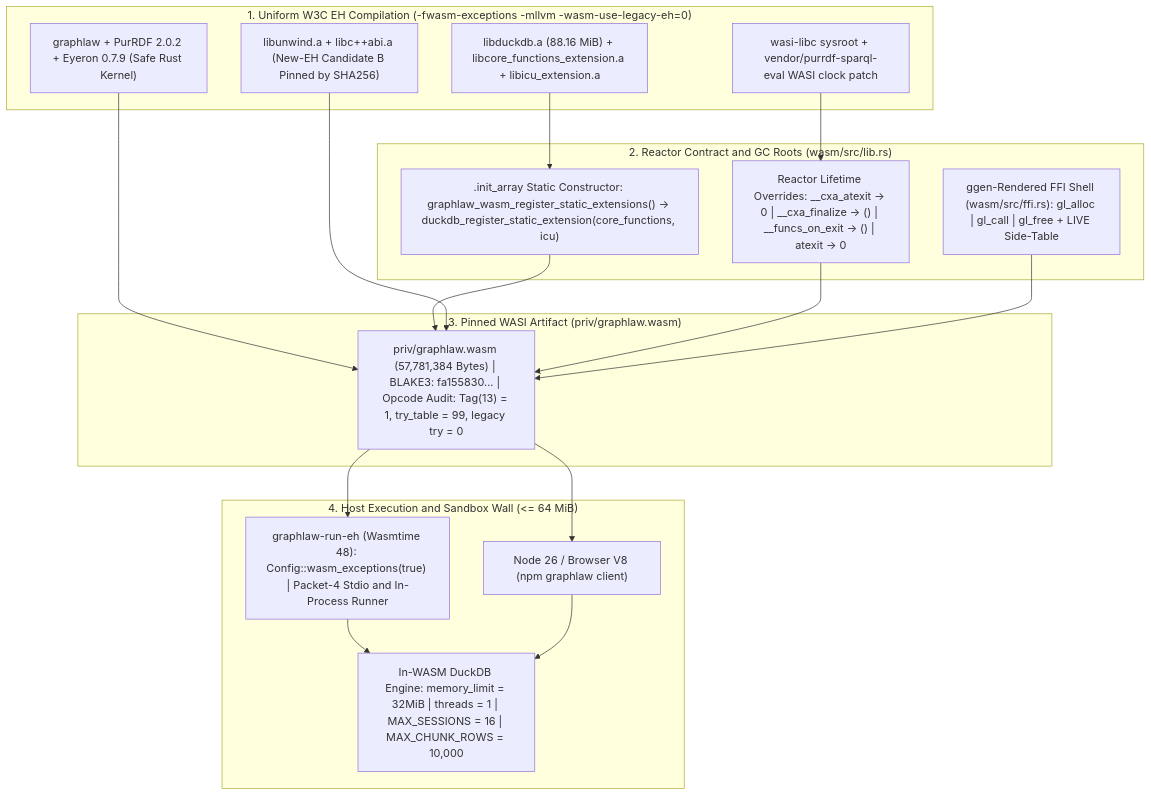
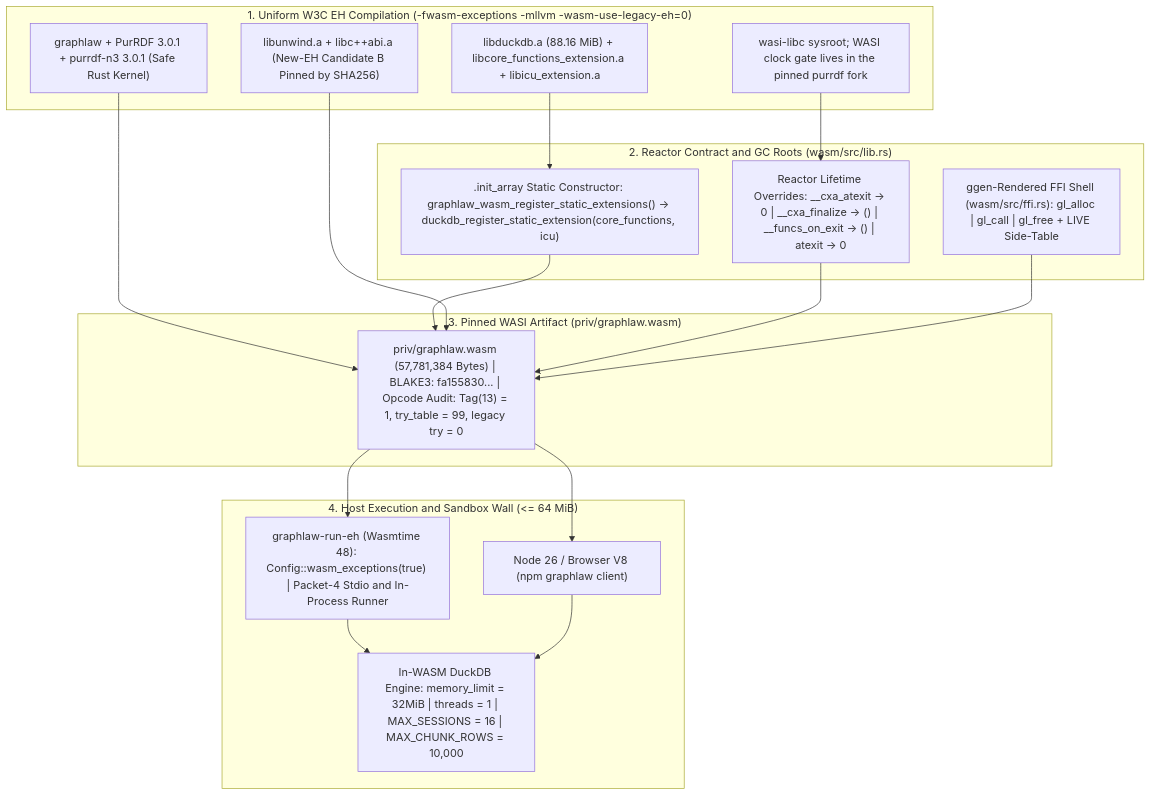
The seventh of 28 diagrams in docs/PHD_THESIS_GRAPHLAW_WASM_SQLRDF.md (seanchatmangpt/graphlaw), drawn with Mermaid before and after one commit. The commit also changed other lines of this file and 2104 other files, not shown here.

````diff
--- a/docs/PHD_THESIS_GRAPHLAW_WASM_SQLRDF.md
+++ b/docs/PHD_THESIS_GRAPHLAW_WASM_SQLRDF.md
@@ -562,33 +562,33 @@
 ```mermaid
 flowchart TD
     subgraph Toolchain["1. Uniform W3C EH Compilation (-fwasm-exceptions -mllvm -wasm-use-legacy-eh=0)"]
-        RustCore["graphlaw + PurRDF 2.0.2 + Eyeron 0.7.9 (Safe Rust Kernel)"]
+        RustCore["graphlaw + PurRDF 3.0.1 + purrdf-n3 3.0.1 (Safe Rust Kernel)"]
         DuckStatic["libduckdb.a (88.16 MiB) + libcore_functions_extension.a + libicu_extension.a"]
         Unwind["libunwind.a + libc++abi.a (New-EH Candidate B Pinned by SHA256)"]
-        WasiLibc["wasi-libc sysroot + vendor/purrdf-sparql-eval WASI clock patch"]
+        WasiLibc["wasi-libc sysroot; WASI clock gate lives in the pinned purrdf fork"]
     end
 
     subgraph ReactorGlue["2. Reactor Contract and GC Roots (wasm/src/lib.rs)"]
         InitArray[".init_array Static Constructor: graphlaw_wasm_register_static_extensions() -> duckdb_register_static_extension(core_functions, icu)"]
         AtExitNoOp["Reactor Lifetime Overrides: __cxa_atexit -> 0 | __cxa_finalize -> () | __funcs_on_exit -> () | atexit -> 0"]
         FfiShell["ggen-Rendered FFI Shell (wasm/src/ffi.rs): gl_alloc | gl_call | gl_free + LIVE Side-Table"]
     end
 
     subgraph Artifact["3. Pinned WASI Artifact (priv/graphlaw.wasm)"]
         WasmBin["priv/graphlaw.wasm (57,781,384 Bytes) | BLAKE3: fa155830... | Opcode Audit: Tag(13) = 1, try_table = 99, legacy try = 0"]
     end
 
     subgraph RuntimeHosts["4. Host Execution and Sandbox Wall (<= 64 MiB)"]
         WasmtimeHost["graphlaw-run-eh (Wasmtime 48): Config::wasm_exceptions(true) | Packet-4 Stdio and In-Process Runner"]
         V8Host["Node 26 / Browser V8 (npm graphlaw client)"]
         DuckSession["In-WASM DuckDB Engine: memory_limit = 32MiB | threads = 1 | MAX_SESSIONS = 16 | MAX_CHUNK_ROWS = 10,000"]
     end
 
     RustCore --> WasmBin
     DuckStatic --> InitArray --> WasmBin
     Unwind --> WasmBin
     WasiLibc --> AtExitNoOp --> WasmBin
     FfiShell --> WasmBin
     WasmBin --> WasmtimeHost --> DuckSession
     WasmBin --> V8Host --> DuckSession
 ```
````
